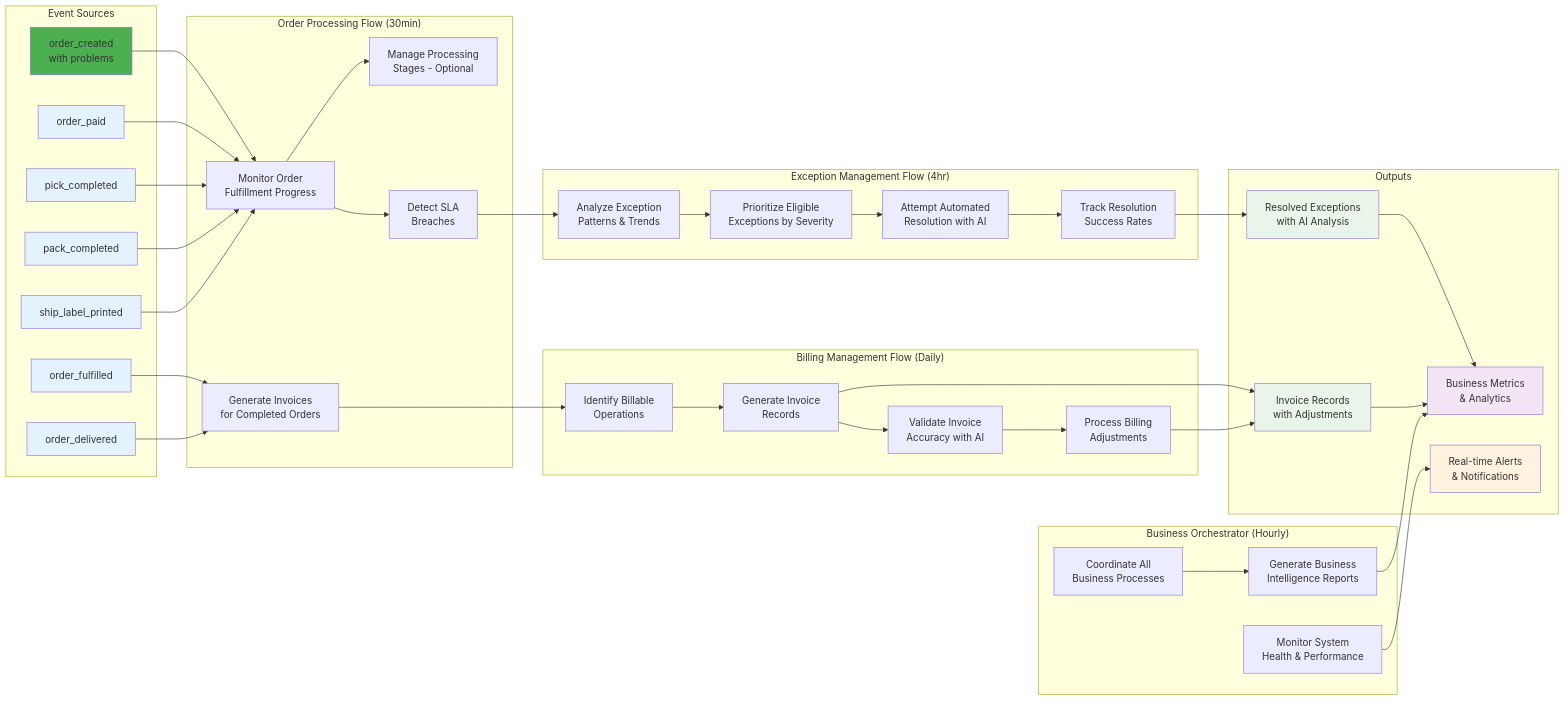
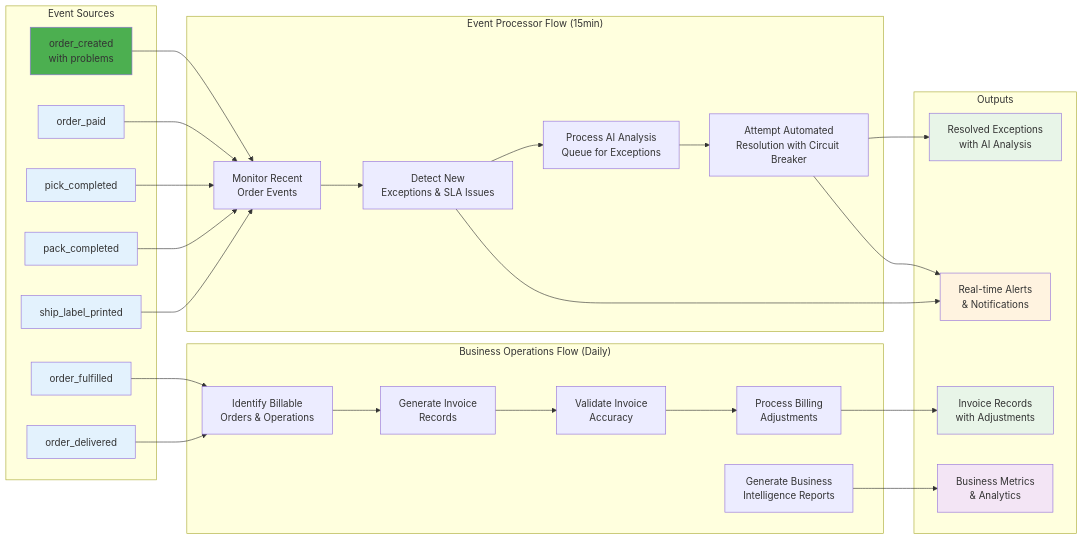
Before and after one commit to chernistry/e2a: the fourth of 4 diagrams in README.md, drawn with Mermaid. The commit also changed 2 other files, not shown here.

Commit message:
Refactor event processing and business operations flows in documentation and code

```diff
--- a/README.md
+++ b/README.md
@@ -340,31 +340,19 @@
         E7[order_delivered]
     end
     
-    subgraph "Order Processing Flow (30min)"
-        MONITOR[Monitor Order<br/>Fulfillment Progress]
-        STAGES[Manage Processing<br/>Stages - Optional]
-        SLA_CHECK[Detect SLA<br/>Breaches]
-        INVOICE_GEN[Generate Invoices<br/>for Completed Orders]
+    subgraph "Event Processor Flow (15min)"
+        MONITOR[Monitor Recent<br/>Order Events]
+        DETECT[Detect New<br/>Exceptions & SLA Issues]
+        AI_QUEUE[Process AI Analysis<br/>Queue for Exceptions]
+        RESOLVE[Attempt Automated<br/>Resolution with Circuit Breaker]
     end
     
-    subgraph "Exception Management Flow (4hr)"
-        ANALYZE[Analyze Exception<br/>Patterns & Trends]
-        PRIORITIZE[Prioritize Eligible<br/>Exceptions by Severity]
-        AUTO_RESOLVE[Attempt Automated<br/>Resolution with AI]
-        TRACK_RESOLUTION[Track Resolution<br/>Success Rates]
-    end
-    
-    subgraph "Billing Management Flow (Daily)"
-        IDENTIFY[Identify Billable<br/>Operations]
+    subgraph "Business Operations Flow (Daily)"
+        IDENTIFY[Identify Billable<br/>Orders & Operations]
         GENERATE[Generate Invoice<br/>Records]
-        VALIDATE[Validate Invoice<br/>Accuracy with AI]
+        VALIDATE[Validate Invoice<br/>Accuracy]
         ADJUST[Process Billing<br/>Adjustments]
-    end
-    
-    subgraph "Business Orchestrator (Hourly)"
-        COORDINATE[Coordinate All<br/>Business Processes]
         METRICS[Generate Business<br/>Intelligence Reports]
-        HEALTH[Monitor System<br/>Health & Performance]
     end
     
     subgraph "Outputs"
@@ -379,31 +367,22 @@
     E3 --> MONITOR
     E4 --> MONITOR
     E5 --> MONITOR
-    E6 --> INVOICE_GEN
-    E7 --> INVOICE_GEN
+    E6 --> IDENTIFY
+    E7 --> IDENTIFY
     
-    MONITOR --> STAGES
-    MONITOR --> SLA_CHECK
-    SLA_CHECK --> ANALYZE
+    MONITOR --> DETECT
+    DETECT --> AI_QUEUE
+    AI_QUEUE --> RESOLVE
+    RESOLVE --> RESOLVED
     
-    ANALYZE --> PRIORITIZE
-    PRIORITIZE --> AUTO_RESOLVE
-    AUTO_RESOLVE --> TRACK_RESOLUTION
-    TRACK_RESOLUTION --> RESOLVED
-    
-    INVOICE_GEN --> IDENTIFY
     IDENTIFY --> GENERATE
     GENERATE --> VALIDATE
     VALIDATE --> ADJUST
+    ADJUST --> INVOICES
+    METRICS --> REPORTS
     
-    GENERATE --> INVOICES
-    ADJUST --> INVOICES
-    RESOLVED --> REPORTS
-    INVOICES --> REPORTS
-    
-    COORDINATE --> METRICS
-    METRICS --> REPORTS
-    HEALTH --> ALERTS
+    DETECT --> ALERTS
+    RESOLVE --> ALERTS
     
     style E1 fill:#4caf50
     style E2 fill:#e3f2fd
```
